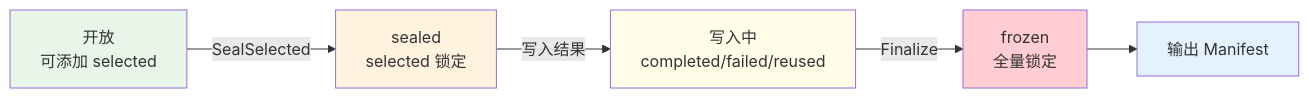
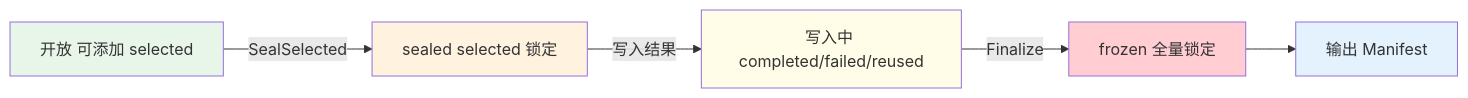
One commit to awesome-flexloop/awesome-okf changed the third of 10 diagrams in doc/bundles/jishu/ai/products/open-code-review/concepts/05-session-telemetry.md. Above: the diagram before and after it, drawn with Mermaid. The commit also changed other lines of this file and 10 other files, not shown here.

First line of the commit message:
docs(bundle): 清偿 Open Code Review 存量 Mermaid 违规避免规范漂移累积

````diff
--- a/doc/bundles/jishu/ai/products/open-code-review/concepts/05-session-telemetry.md
+++ b/doc/bundles/jishu/ai/products/open-code-review/concepts/05-session-telemetry.md
@@ -216,13 +214,12 @@
 ```mermaid
 flowchart LR
-    OPEN["开放<br/>可添加 selected"] -->|SealSelected| SEALED["sealed<br/>selected 锁定"]
-    SEALED -->|写入结果| WRITING["写入中<br/>completed/failed/reused"]
-    WRITING -->|Finalize| FROZEN["frozen<br/>全量锁定"]
+    OPEN["开放 可添加 selected"] -->|SealSelected| SEALED["sealed selected 锁定"]
+    SEALED -->|"写入结果"| WRITING["写入中 completed/failed/reused"]
+    WRITING -->|Finalize| FROZEN["frozen 全量锁定"]
     FROZEN --> MANIFEST["输出 Manifest"]
-
     style OPEN fill:#e8f5e9
     style SEALED fill:#fff3e0
     style WRITING fill:#fffde7
     style FROZEN fill:#ffcdd2
     style MANIFEST fill:#e3f2fd
 ```
````
